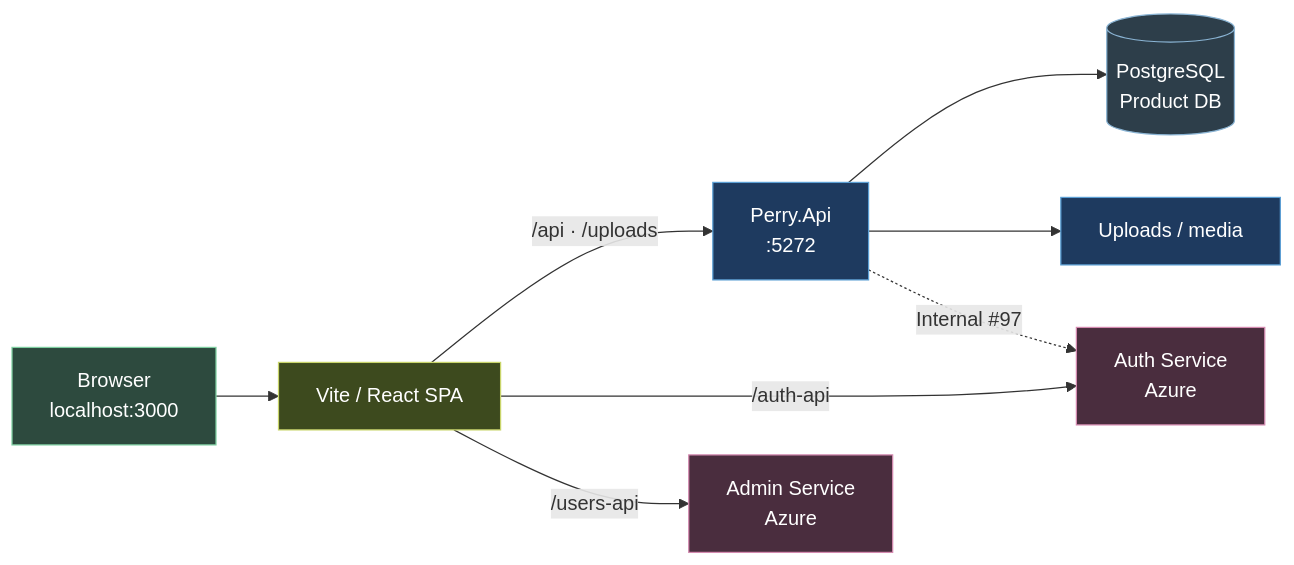
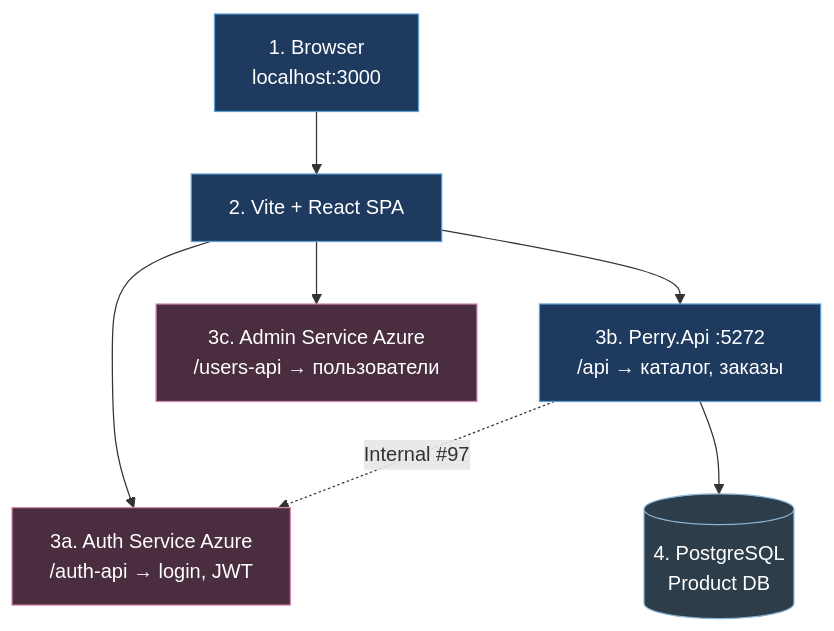
Before and after one commit to ITSTEP-PERRY/perry-front: the diagram in project_defense/01_architecture-overview/diagram.mmd, drawn with Mermaid. The commit also changed 41 other files, not shown here.

Commit message:
docs(defense): clearer diagrams, PPTX with per-slide descriptions.

```diff
--- a/project_defense/01_architecture-overview/diagram.mmd
+++ b/project_defense/01_architecture-overview/diagram.mmd
@@ -1,27 +1,19 @@
-flowchart LR
-  B["Browser<br/>localhost:3000"]
-  V["Vite / React SPA"]
-  A["Auth Service<br/>Azure"]
-  P["Perry.Api<br/>:5272"]
-  U["Admin Service<br/>Azure"]
-  DB[("PostgreSQL<br/>Product DB")]
-  UP["Uploads / media"]
+flowchart TB
+  B["1. Browser<br/>localhost:3000"]
+  V["2. Vite + React SPA"]
 
   B --> V
-  V -->|"/api · /uploads"| P
-  V -->|"/auth-api"| A
-  V -->|"/users-api"| U
-  P --> DB
-  P --> UP
+
+  V --> A["3a. Auth Service Azure<br/>/auth-api → login, JWT"]
+  V --> P["3b. Perry.Api :5272<br/>/api → каталог, заказы"]
+  V --> U["3c. Admin Service Azure<br/>/users-api → пользователи"]
+
+  P --> DB[("4. PostgreSQL<br/>Product DB")]
   P -.->|"Internal #97"| A
 
-  classDef client fill:#2d4a3e,stroke:#7dcea0,color:#fff
-  classDef fe fill:#3d4a1e,stroke:#c9d56a,color:#fff
-  classDef api fill:#1e3a5f,stroke:#5b9fd4,color:#fff
+  classDef step fill:#1e3a5f,stroke:#5b9fd4,color:#fff
   classDef ext fill:#4a2d3e,stroke:#d48ab0,color:#fff
   classDef db fill:#2d3e4a,stroke:#8ab4d4,color:#fff
-  class B client
-  class V fe
-  class P,UP api
+  class B,V,P step
   class A,U ext
   class DB db
```
